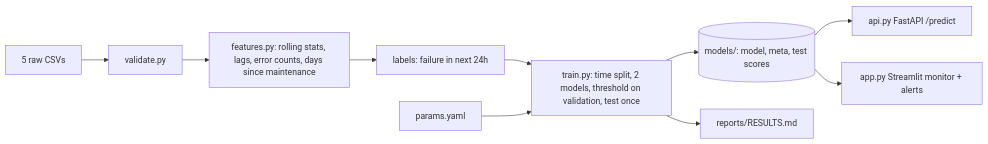
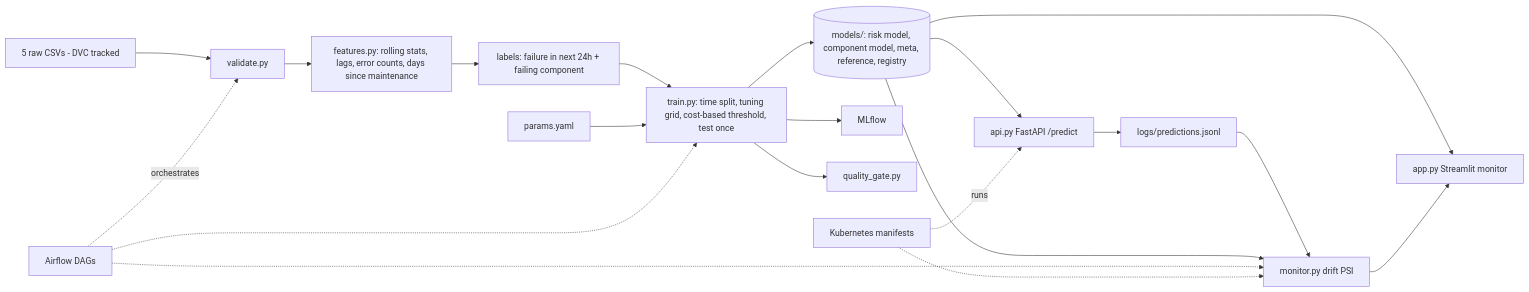
Before and after one commit to ayushchaudharyx777-cmyk/predictive-maintenance: the diagram in README.md, drawn with Mermaid. The commit also changed other lines of this file and 52 other files, not shown here.

Commit message:
v2: component model, reasons, cost policy, drift monitoring, Docker, DVC, Airflow, k8s

````diff
--- a/README.md
+++ b/README.md
@@ -12,12 +14,22 @@
 ```mermaid
 flowchart LR
-  A[5 raw CSVs] --> B[validate.py]
+  A[5 raw CSVs - DVC tracked] --> B[validate.py]
   B --> C[features.py: rolling stats, lags, error counts, days since maintenance]
-  C --> D[labels: failure in next 24h]
-  D --> E[train.py: time split, 2 models, threshold on validation, test once]
+  C --> D[labels: failure in next 24h + failing component]
+  D --> E[train.py: time split, tuning grid, cost-based threshold, test once]
   P[params.yaml] --> E
-  E --> M[(models/: model, meta, test scores)]
-  E --> R[reports/RESULTS.md]
+  E --> M[(models/: risk model, component model, meta, reference, registry)]
+  E --> ML[MLflow]
+  E --> G[quality_gate.py]
   M --> F[api.py FastAPI /predict]
-  M --> G[app.py Streamlit monitor + alerts]
+  M --> H[app.py Streamlit monitor]
+  F --> L[logs/predictions.jsonl]
+  L --> MON[monitor.py drift PSI]
+  M --> MON
+  MON --> H
+  AF[Airflow DAGs] -.orchestrates.-> B
+  AF -.-> E
+  AF -.-> MON
+  K[Kubernetes manifests] -.runs.-> F
+  K -.-> MON
 ```
````
